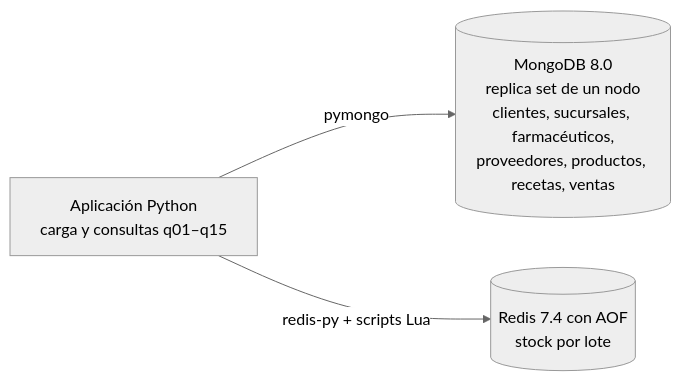
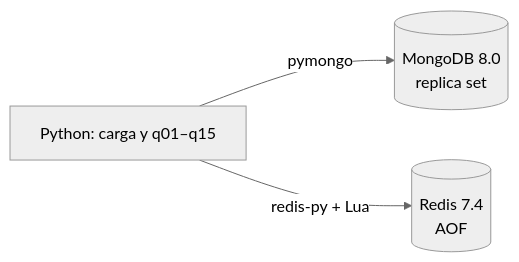
One commit to franciscocostaa/TPO-BD2 changed the first of 2 diagrams in docs/informe.md. Above: the diagram before and after it, drawn with Mermaid (neutral theme). The commit also changed other lines of this file, not shown here.

````diff
--- a/docs/informe.md
+++ b/docs/informe.md
@@ -31,6 +18,5 @@
 ```mermaid
 flowchart LR
-    A["Aplicación Python<br/>carga y consultas q01–q15"]
-    A -- "pymongo" --> M[("MongoDB 8.0<br/>replica set de un nodo<br/>clientes, sucursales, farmacéuticos,<br/>proveedores, productos, recetas, ventas")]
-    A -- "redis-py + scripts Lua" --> R[("Redis 7.4 con AOF<br/>stock por lote")]
+    A["Python: carga y q01–q15"] -- pymongo --> M[("MongoDB 8.0<br/>replica set")]
+    A -- "redis-py + Lua" --> R[("Redis 7.4<br/>AOF")]
 ```
````
